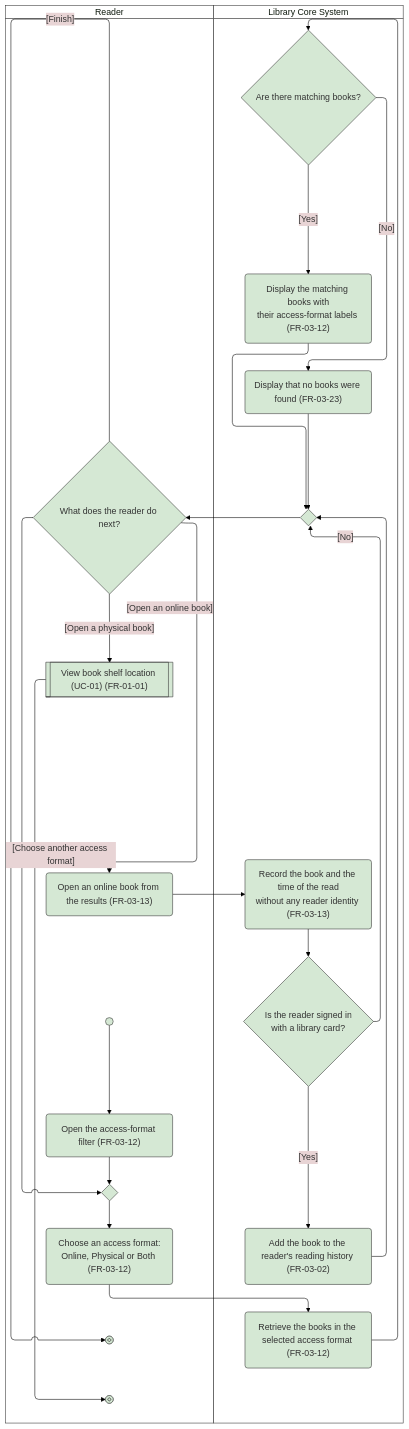
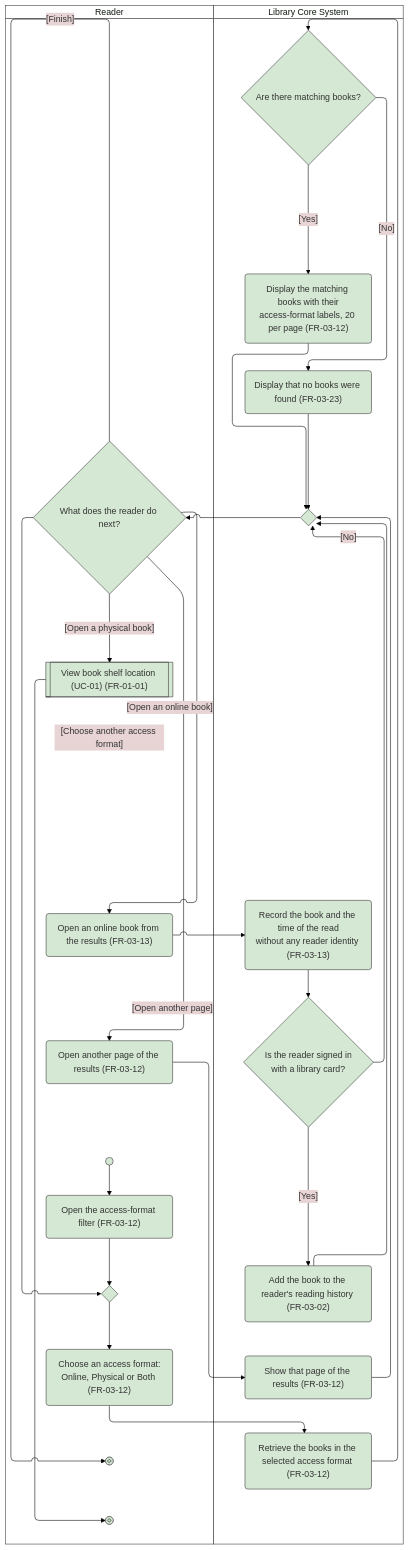
One commit to chihvcte-beep/dbiz2-group-h changed the diagram in [DBIZ 2] GROUP H/ACTIVITY DIAGRAM/AD-UC-03.md. Above: the diagram before and after it, drawn with Mermaid. The commit also changed other lines of this file and 453 other files, not shown here.

First line of the commit message:
Align diagrams, specs, wireframes and workbook after the 23/11 review

````diff
--- a/[DBIZ 2] GROUP H/ACTIVITY DIAGRAM/AD-UC-03.md
+++ b/[DBIZ 2] GROUP H/ACTIVITY DIAGRAM/AD-UC-03.md
@@ -25,45 +25,48 @@
 ```mermaid
 ---
 config:
   theme: base
   themeVariables:
     primaryColor: "#d5e8d4"
     primaryBorderColor: "#333333"
     lineColor: "#000000"
     clusterBkg: "#ffffff"
     clusterBorder: "#333333"
 ---
 swimlane-beta TB
   subgraph RDR["Reader"]
     start@{ shape: sm-circ }
     r1("Open the access-format filter (FR-03-12)")
     m1{" "}
     r2("Choose an access format:<br/>Online, Physical or Both (FR-03-12)")
     d2{"What does the reader do next?"}
     r3("Open an online book from the results (FR-03-13)")
+    r4("Open another page of the results (FR-03-12)")
     c1[["View book shelf location (UC-01) (FR-01-01)"]]
     stop1@{ shape: fr-circ }
     stop2@{ shape: fr-circ }
   end
   subgraph SYS["Library Core System"]
     s1("Retrieve the books in the selected access format (FR-03-12)")
     d1{"Are there matching books?"}
-    s2("Display the matching books with<br/>their access-format labels (FR-03-12)")
+    s2("Display the matching books with their<br/>access-format labels, 20 per page (FR-03-12)")
     s3("Display that no books were found (FR-03-23)")
     m2{" "}
     s4("Record the book and the time of the read<br/>without any reader identity (FR-03-13)")
     d3{"Is the reader signed in<br/>with a library card?"}
     s5("Add the book to the reader's reading history (FR-03-02)")
+    s6("Show that page of the results (FR-03-12)")
   end
 
   start --> r1 --> m1 --> r2 --> s1 --> d1
   d1 -->|"[Yes]"| s2 --> m2
   d1 -->|"[No]"| s3 --> m2
   m2 --> d2
   d2 -->|"[Choose another access format]"| m1
+  d2 -->|"[Open another page]"| r4 --> s6 --> m2
   d2 -->|"[Open an online book]"| r3 --> s4 --> d3
   d3 -->|"[Yes]"| s5 --> m2
   d3 -->|"[No]"| m2
   d2 -->|"[Open a physical book]"| c1 --> stop2
   d2 -->|"[Finish]"| stop1
 ```
````
